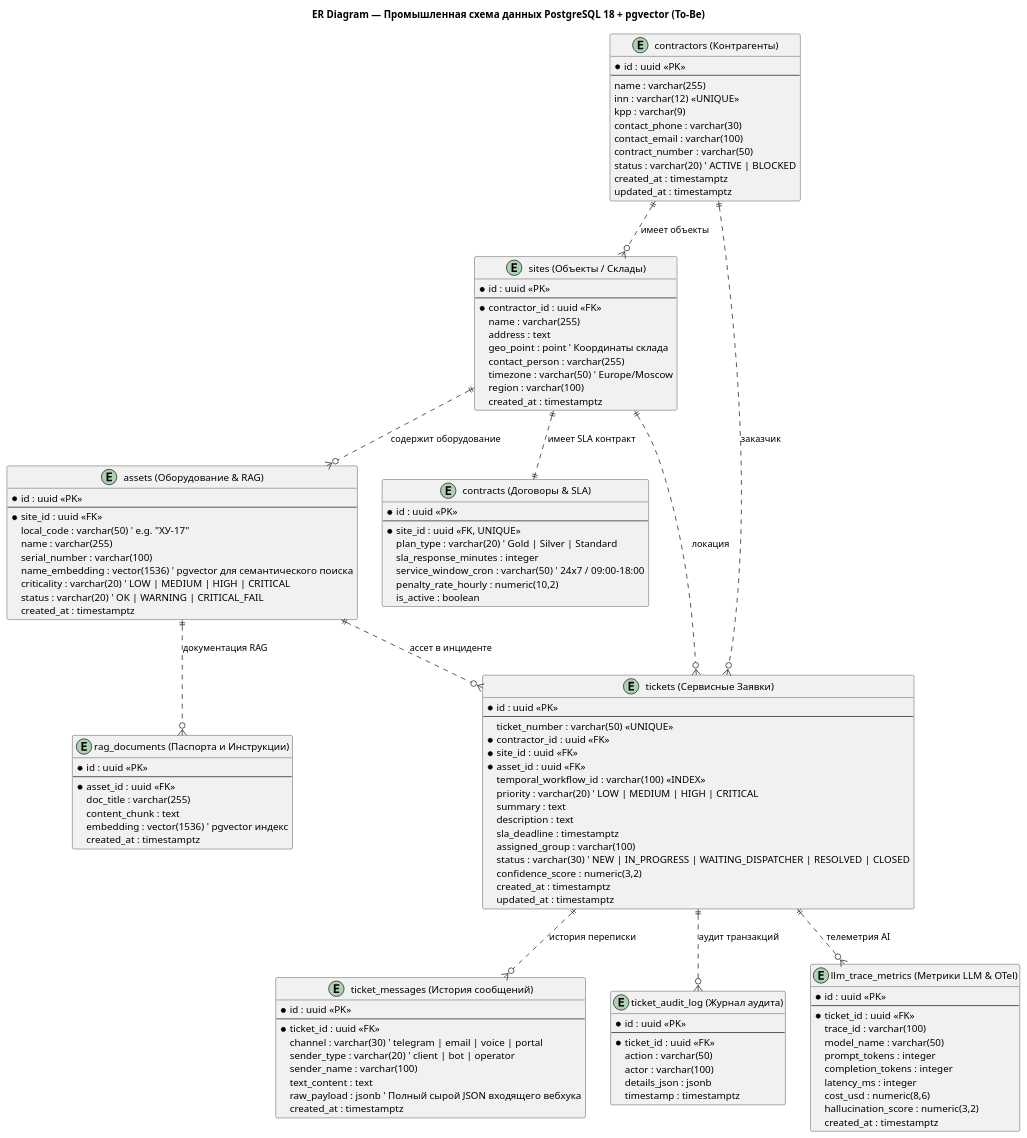
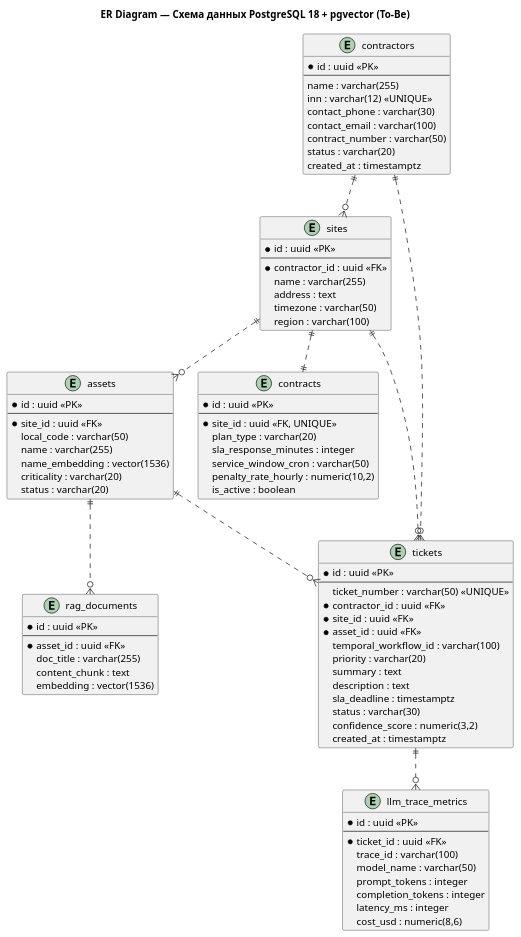
Before and after one commit to ParallelNoMinded/Text2Business: the diagram in architecture/target_to_be/diagrams/er_diagram_target.puml, drawn with PlantUML. The commit also changed 17 other files, not shown here.

```diff
--- a/architecture/target_to_be/diagrams/er_diagram_target.puml
+++ b/architecture/target_to_be/diagrams/er_diagram_target.puml
@@ -1,135 +1,95 @@
 @startuml er_diagram_target
-title ER Diagram — Промышленная схема данных PostgreSQL 18 + pgvector (To-Be)
+title ER Diagram — Схема данных PostgreSQL 18 + pgvector (To-Be)
 
-entity "contractors (Контрагенты)" as contractor {
+entity "contractors" as contractor {
   * id : uuid <<PK>>
   --
   name : varchar(255)
   inn : varchar(12) <<UNIQUE>>
-  kpp : varchar(9)
   contact_phone : varchar(30)
   contact_email : varchar(100)
   contract_number : varchar(50)
-  status : varchar(20) ' ACTIVE | BLOCKED
+  status : varchar(20)
   created_at : timestamptz
-  updated_at : timestamptz
 }
 
-entity "sites (Объекты / Склады)" as site {
+entity "sites" as site {
   * id : uuid <<PK>>
   --
   * contractor_id : uuid <<FK>>
   name : varchar(255)
   address : text
-  geo_point : point ' Координаты склада
-  contact_person : varchar(255)
-  timezone : varchar(50) ' Europe/Moscow
+  timezone : varchar(50)
   region : varchar(100)
-  created_at : timestamptz
 }
 
-entity "assets (Оборудование & RAG)" as asset {
+entity "assets" as asset {
   * id : uuid <<PK>>
   --
   * site_id : uuid <<FK>>
-  local_code : varchar(50) ' e.g. "ХУ-17"
+  local_code : varchar(50)
   name : varchar(255)
-  serial_number : varchar(100)
-  name_embedding : vector(1536) ' pgvector для семантического поиска
-  criticality : varchar(20) ' LOW | MEDIUM | HIGH | CRITICAL
-  status : varchar(20) ' OK | WARNING | CRITICAL_FAIL
-  created_at : timestamptz
+  name_embedding : vector(1536)
+  criticality : varchar(20)
+  status : varchar(20)
 }
 
-entity "contracts (Договоры & SLA)" as contract {
+entity "contracts" as contract {
   * id : uuid <<PK>>
   --
   * site_id : uuid <<FK, UNIQUE>>
-  plan_type : varchar(20) ' Gold | Silver | Standard
+  plan_type : varchar(20)
   sla_response_minutes : integer
-  service_window_cron : varchar(50) ' 24x7 / 09:00-18:00
+  service_window_cron : varchar(50)
   penalty_rate_hourly : numeric(10,2)
   is_active : boolean
 }
 
-entity "tickets (Сервисные Заявки)" as ticket {
+entity "tickets" as ticket {
   * id : uuid <<PK>>
   --
   ticket_number : varchar(50) <<UNIQUE>>
   * contractor_id : uuid <<FK>>
   * site_id : uuid <<FK>>
   * asset_id : uuid <<FK>>
-  temporal_workflow_id : varchar(100) <<INDEX>>
-  priority : varchar(20) ' LOW | MEDIUM | HIGH | CRITICAL
+  temporal_workflow_id : varchar(100)
+  priority : varchar(20)
   summary : text
   description : text
   sla_deadline : timestamptz
-  assigned_group : varchar(100)
-  status : varchar(30) ' NEW | IN_PROGRESS | WAITING_DISPATCHER | RESOLVED | CLOSED
+  status : varchar(30)
   confidence_score : numeric(3,2)
-  created_at : timestamptz
-  updated_at : timestamptz
-}
-
-entity "ticket_messages (История сообщений)" as message {
-  * id : uuid <<PK>>
-  --
-  * ticket_id : uuid <<FK>>
-  channel : varchar(30) ' telegram | email | voice | portal
-  sender_type : varchar(20) ' client | bot | operator
-  sender_name : varchar(100)
-  text_content : text
-  raw_payload : jsonb ' Полный сырой JSON входящего вебхука
   created_at : timestamptz
 }
 
-entity "ticket_audit_log (Журнал аудита)" as audit {
-  * id : uuid <<PK>>
-  --
-  * ticket_id : uuid <<FK>>
-  action : varchar(50)
-  actor : varchar(100)
-  details_json : jsonb
-  timestamp : timestamptz
-}
-
-entity "rag_documents (Паспорта и Инструкции)" as rag_doc {
+entity "rag_documents" as rag_doc {
   * id : uuid <<PK>>
   --
   * asset_id : uuid <<FK>>
   doc_title : varchar(255)
   content_chunk : text
-  embedding : vector(1536) ' pgvector индекс
-  created_at : timestamptz
+  embedding : vector(1536)
 }
 
-entity "llm_trace_metrics (Метрики LLM & OTel)" as llm_trace {
+entity "llm_trace_metrics" as llm_trace {
   * id : uuid <<PK>>
   --
   * ticket_id : uuid <<FK>>
   trace_id : varchar(100)
   model_name : varchar(50)
   prompt_tokens : integer
   completion_tokens : integer
   latency_ms : integer
   cost_usd : numeric(8,6)
-  hallucination_score : numeric(3,2)
-  created_at : timestamptz
 }
 
-' Реляционные связи
-contractor ||..o{ site : "имеет объекты"
-site ||..o{ asset : "содержит оборудование"
-site ||..|| contract : "имеет SLA контракт"
-
-contractor ||..o{ ticket : "заказчик"
-site ||..o{ ticket : "локация"
-asset ||..o{ ticket : "ассет в инциденте"
-
-ticket ||..o{ message : "история переписки"
-ticket ||..o{ audit : "аудит транзакций"
-ticket ||..o{ llm_trace : "телеметрия AI"
-
-asset ||..o{ rag_doc : "документация RAG"
+contractor ||..o{ site
+site ||..o{ asset
+site ||..|| contract
+contractor ||..o{ ticket
+site ||..o{ ticket
+asset ||..o{ ticket
+ticket ||..o{ llm_trace
+asset ||..o{ rag_doc
 
 @enduml
```
